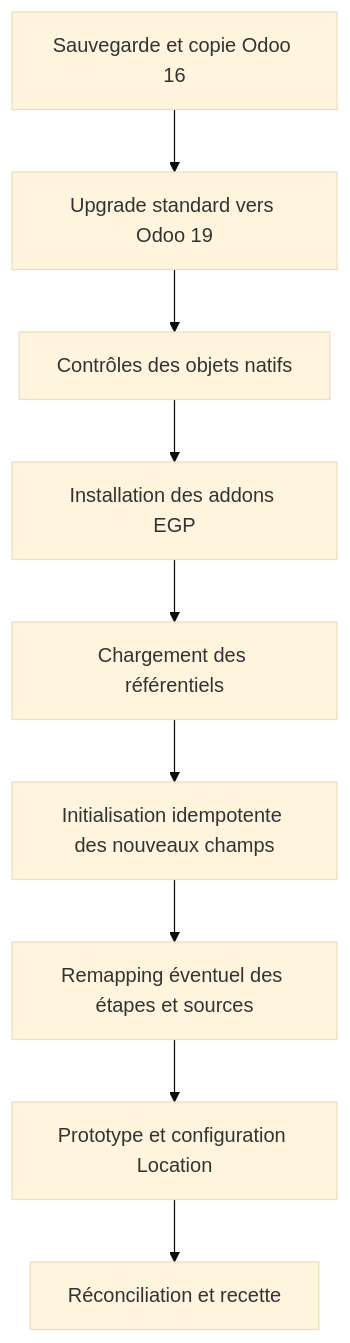
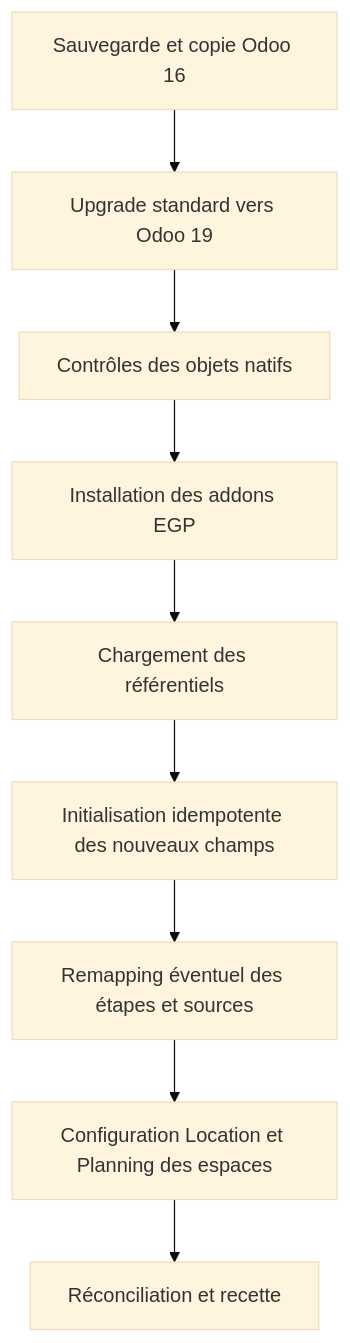
One commit to perrotdev/mlk changed the fifth of 5 diagrams in spec/SPEC_EGP_Odoo19_Contacts_Pistes_CRM.md. Above: the diagram before and after it, drawn with Mermaid (base theme). The commit also changed other lines of this file and 86 other files, not shown here.

````diff
--- a/spec/SPEC_EGP_Odoo19_Contacts_Pistes_CRM.md
+++ b/spec/SPEC_EGP_Odoo19_Contacts_Pistes_CRM.md
@@ -2338,11 +2381,11 @@
 ```mermaid
 flowchart TD
     A[Sauvegarde et copie Odoo 16] --> B[Upgrade standard vers Odoo 19]
     B --> C[Contrôles des objets natifs]
     C --> D[Installation des addons EGP]
     D --> E[Chargement des référentiels]
     E --> F[Initialisation idempotente des nouveaux champs]
     F --> G[Remapping éventuel des étapes et sources]
-    G --> H[Prototype et configuration Location]
+    G --> H[Configuration Location et Planning des espaces]
     H --> I[Réconciliation et recette]
 ```
````
